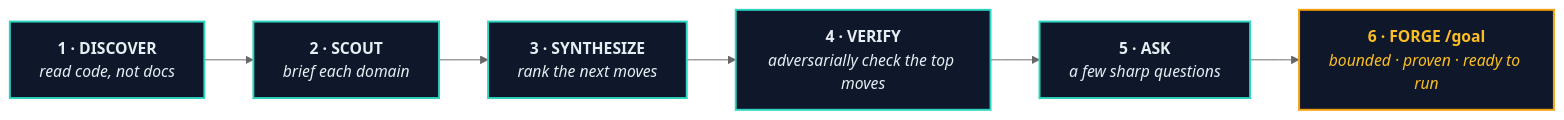
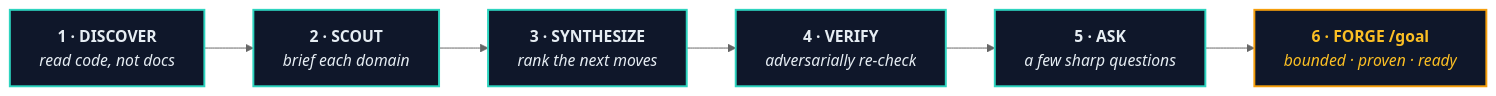
Before and after one commit to chrisduvillard/pathfinder-skill: the diagram in README.md, drawn with Mermaid (neutral theme). The commit also changed other lines of this file, not shown here.

````diff
--- a/README.md
+++ b/README.md
@@ -74,16 +73,16 @@
 ```mermaid
 flowchart LR
     A["<b>1 · DISCOVER</b><br/><i>read code, not docs</i>"]
     B["<b>2 · SCOUT</b><br/><i>brief each domain</i>"]
     C["<b>3 · SYNTHESIZE</b><br/><i>rank the next moves</i>"]
-    V["<b>4 · VERIFY</b><br/><i>adversarially check the top moves</i>"]
+    V["<b>4 · VERIFY</b><br/><i>adversarially re-check</i>"]
     D["<b>5 · ASK</b><br/><i>a few sharp questions</i>"]
-    E["<b>6 · FORGE /goal</b><br/><i>bounded · proven · ready to run</i>"]
+    E["<b>6 · FORGE /goal</b><br/><i>bounded · proven · ready</i>"]
 
     A --> B --> C --> V --> D --> E
 
     classDef step fill:#0F172A,stroke:#2DD4BF,stroke-width:2px,color:#E6EDF3;
     classDef forge fill:#0F172A,stroke:#F59E0B,stroke-width:2px,color:#FBBF24;
     class A,B,C,V,D step;
     class E forge;
 ```
````
